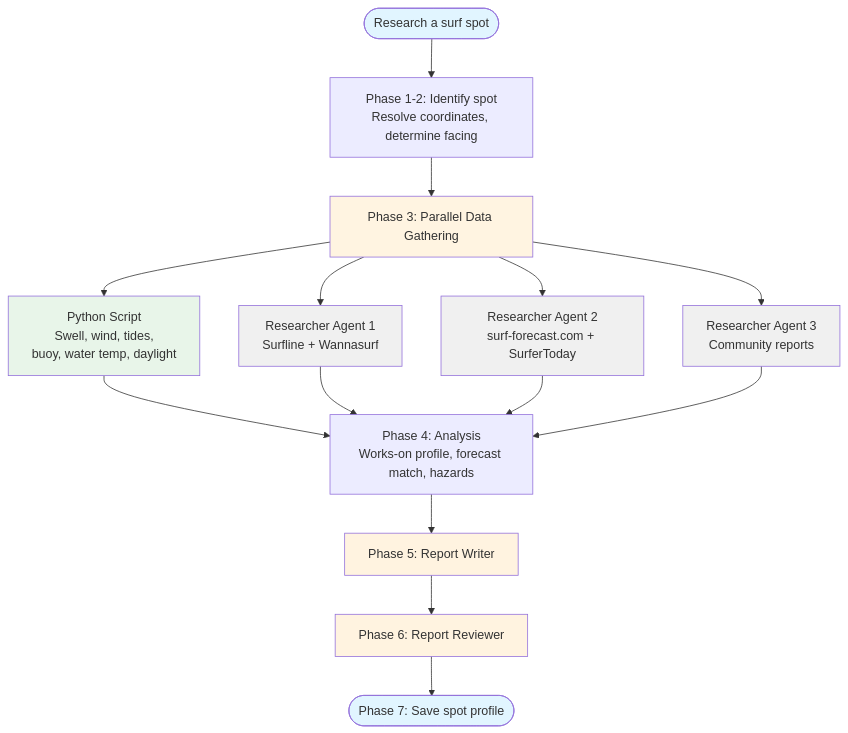
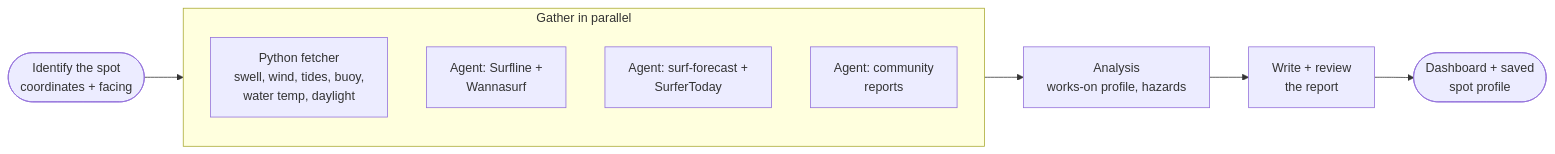
The diagram in README.md (EHernandez-dev/claude-surfing-skills), drawn with Mermaid before and after one commit. The commit also changed other lines of this file and 4 other files, not shown here.

````diff
--- a/README.md
+++ b/README.md
@@ -119,26 +147,14 @@
 ```mermaid
-graph TB
-    Start([Research a surf spot]) --> Search[Phase 1-2: Identify spot<br/>Resolve coordinates, determine facing]
-    Search --> Parallel[Phase 3: Parallel Data Gathering]
-    Parallel --> Python[Python Script<br/>Swell, wind, tides,<br/>buoy, water temp, daylight]
-    Parallel --> Agent1[Researcher Agent 1<br/>Surfline + Wannasurf]
-    Parallel --> Agent2[Researcher Agent 2<br/>surf-forecast.com + SurferToday]
-    Parallel --> Agent3[Researcher Agent 3<br/>Community reports]
-    Python --> Analyze
-    Agent1 --> Analyze
-    Agent2 --> Analyze
-    Agent3 --> Analyze
-    Analyze[Phase 4: Analysis<br/>Works-on profile, forecast match, hazards]
-    Analyze --> Writer[Phase 5: Report Writer]
-    Writer --> Reviewer[Phase 6: Report Reviewer]
-    Reviewer --> Profile([Phase 7: Save spot profile])
-    style Start fill:#e1f5ff
-    style Profile fill:#e1f5ff
-    style Parallel fill:#fff4e1
-    style Python fill:#e8f5e9
-    style Agent1 fill:#f0f0f0
-    style Agent2 fill:#f0f0f0
-    style Agent3 fill:#f0f0f0
-    style Writer fill:#fff3e0
-    style Reviewer fill:#fff3e0
+flowchart LR
+    ID(["Identify the spot<br/>coordinates + facing"]) --> G
+    subgraph G["Gather in parallel"]
+        direction TB
+        PY["Python fetcher<br/>swell, wind, tides, buoy,<br/>water temp, daylight"]
+        A1["Agent: Surfline +<br/>Wannasurf"]
+        A2["Agent: surf-forecast +<br/>SurferToday"]
+        A3["Agent: community<br/>reports"]
+    end
+    G --> AN["Analysis<br/>works-on profile, hazards"]
+    AN --> WR["Write + review<br/>the report"]
+    WR --> OUT(["Dashboard + saved<br/>spot profile"])
 ```
````
